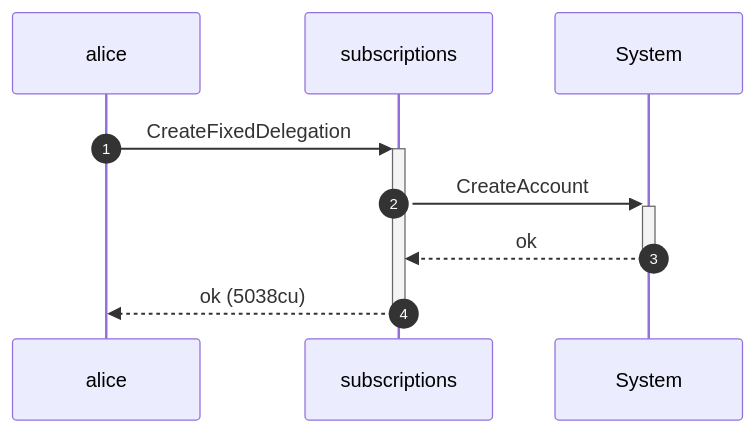
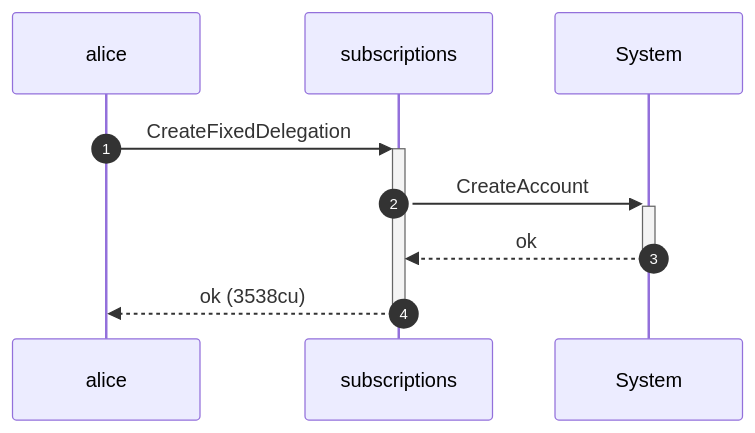
One commit to cds-rs/subscriptions changed the sixth of 8 diagrams in dsl_tests/signer-accounts-must-sign--transferfixed-.md. Above: the diagram before and after it, drawn with Mermaid. The commit also changed other lines of this file and 224 other files, not shown here.

````diff
--- a/dsl_tests/signer-accounts-must-sign--transferfixed-.md
+++ b/dsl_tests/signer-accounts-must-sign--transferfixed-.md
@@ -116,11 +122,11 @@
 ```mermaid
 sequenceDiagram
     autonumber
     participant alice
     participant subscriptions
     participant System
     alice ->>+ subscriptions: CreateFixedDelegation
     subscriptions ->>+ System: CreateAccount
     System -->>- subscriptions: ok
-    subscriptions -->>- alice: ok (5038cu)
+    subscriptions -->>- alice: ok (3538cu)
 ```
````
